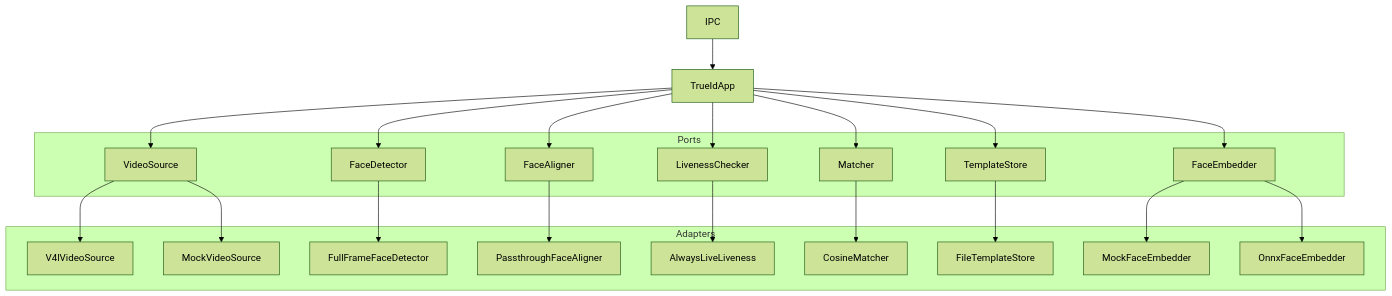
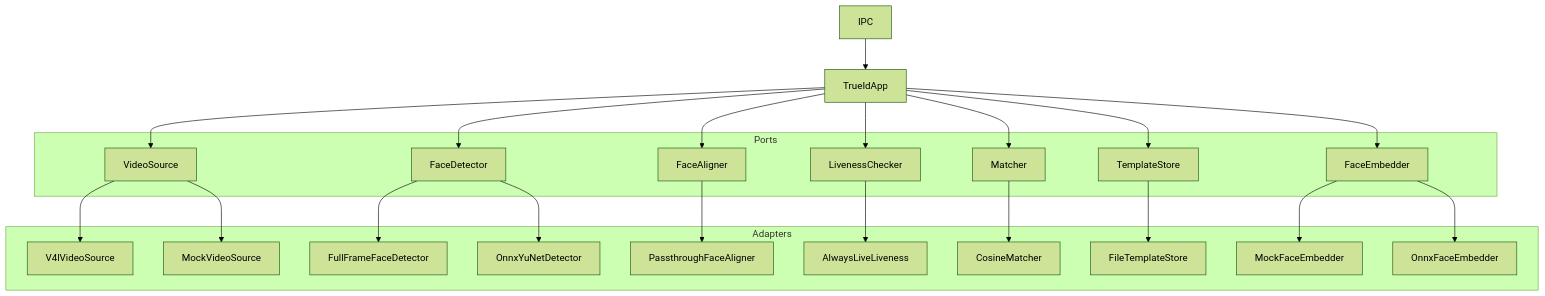
One commit to adilsaid64/trueid changed the first of 2 diagrams in docs/architecture.md. Above: the diagram before and after it, drawn with Mermaid (forest theme). The commit also changed 8 other files, not shown here.

Commit message:
feat: added onnx face detector method, system does seem to work e2e based on some quick testing

````diff
--- a/docs/architecture.md
+++ b/docs/architecture.md
@@ -18,48 +18,50 @@
 ```mermaid
 flowchart TD
     IPC[IPC]
     App[TrueIdApp]
 
     subgraph Ports
         Video[VideoSource]
         Det[FaceDetector]
         Align[FaceAligner]
         Live[LivenessChecker]
         FaceEmb[FaceEmbedder]
         Matcher[Matcher]
         Store[TemplateStore]
     end
 
     subgraph Adapters
         V4L[V4lVideoSource]
         MockVideo[MockVideoSource]
         MockDet[FullFrameFaceDetector]
+        YuNet[OnnxYuNetDetector]
         MockAlign[PassthroughFaceAligner]
         MockLive[AlwaysLiveLiveness]
         Cosine[CosineMatcher]
         FileStore[FileTemplateStore]
         MockEmb[MockFaceEmbedder]
         OnnxFace[OnnxFaceEmbedder]
     end
 
     IPC --> App
 
     App --> Video
     App --> Det
     App --> Align
     App --> Live
     App --> FaceEmb
     App --> Matcher
     App --> Store
 
     Video --> V4L
     Video --> MockVideo
     Det --> MockDet
+    Det --> YuNet
     Align --> MockAlign
     Live --> MockLive
     Matcher --> Cosine
     Store --> FileStore
     FaceEmb --> MockEmb
     FaceEmb --> OnnxFace
 
 ```
````
